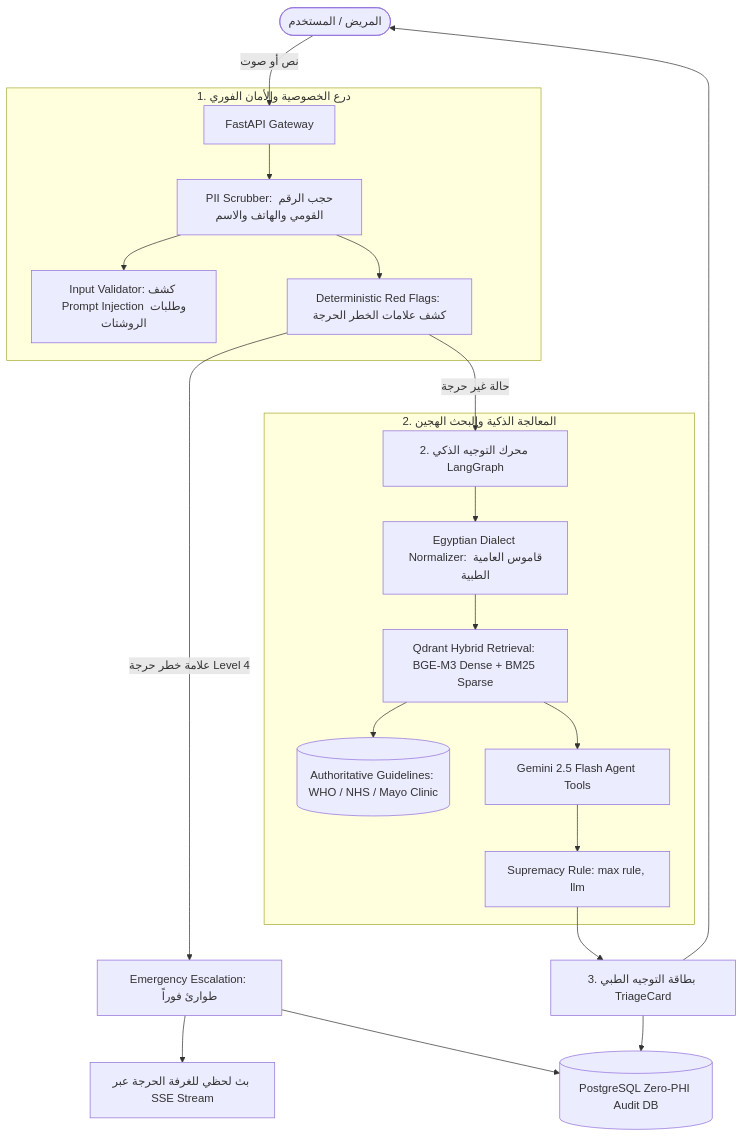
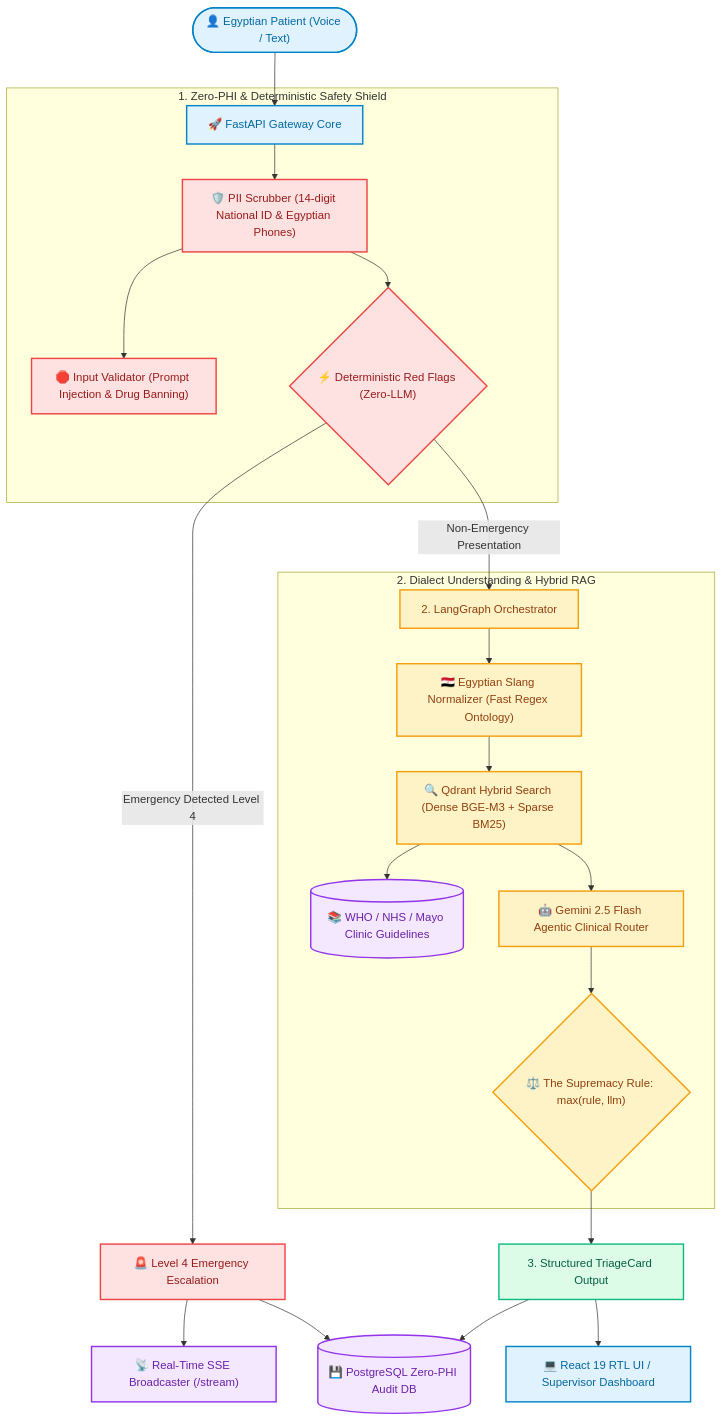
One commit to Mohamed-3M-Nouman/ShefaGuide-AI changed the diagram in README.md. Above: the diagram before and after it, drawn with Mermaid. The commit also changed other lines of this file, not shown here.

````diff
--- a/README.md
+++ b/README.md
@@ -49,28 +79,34 @@
 ```mermaid
 flowchart TD
-    User([المريض / المستخدم]) -->|نص أو صوت| Gateway[FastAPI Gateway]
+    classDef client fill:#E0F2FE,stroke:#0284C7,stroke-width:2px,color:#0369A1;
+    classDef safety fill:#FEE2E2,stroke:#EF4444,stroke-width:2px,color:#991B1B;
+    classDef agent fill:#FEF3C7,stroke:#F59E0B,stroke-width:2px,color:#92400E;
+    classDef output fill:#DCFCE7,stroke:#10B981,stroke-width:2px,color:#065F46;
+    classDef storage fill:#F3E8FF,stroke:#9333EA,stroke-width:2px,color:#6B21A8;
+
+    Patient(["👤 Egyptian Patient (Voice / Text)"]):::client --> Gateway["🚀 FastAPI Gateway Core"]:::client
     
-    subgraph Privacy_Safety ["1. درع الخصوصية والأمان الفوري"]
-        Gateway --> PII[PII Scrubber: حجب الرقم القومي والهاتف والاسم]
-        PII --> Val[Input Validator: كشف Prompt Injection وطلبات الروشتات]
-        PII --> FastRF[Deterministic Red Flags: كشف علامات الخطر الحرجة]
+    subgraph S1 ["1. Zero-PHI & Deterministic Safety Shield"]
+        Gateway --> PII["🛡️ PII Scrubber (14-digit National ID & Egyptian Phones)"]:::safety
+        PII --> InputVal["🛑 Input Validator (Prompt Injection & Drug Banning)"]:::safety
+        PII --> FastRF{"⚡ Deterministic Red Flags (Zero-LLM)"}:::safety
     end
 
-    FastRF -->|علامة خطر حرجة Level 4| Escalation[Emergency Escalation: طوارئ فوراً]
-    Escalation --> SSE[بث لحظي للغرفة الحرجة عبر SSE Stream]
-    Escalation --> AuditDB[(PostgreSQL Zero-PHI Audit DB)]
+    FastRF -->|Emergency Detected Level 4| Escalation["🚨 Level 4 Emergency Escalation"]:::safety
+    Escalation --> SSE["📡 Real-Time SSE Broadcaster (/stream)"]:::storage
+    Escalation --> AuditDB[("💾 PostgreSQL Zero-PHI Audit DB")]:::storage
 
-    FastRF -->|حالة غير حرجة| LangGraphState[2. محرك التوجيه الذكي LangGraph]
-    
-    subgraph Agentic_Core ["2. المعالجة الذكية والبحث الهجين"]
-        LangGraphState --> Dialect[Egyptian Dialect Normalizer: قاموس العامية الطبية]
-        Dialect --> HybridRAG[Qdrant Hybrid Retrieval: BGE-M3 Dense + BM25 Sparse]
-        HybridRAG --> Guidelines[(Authoritative Guidelines: WHO / NHS / Mayo Clinic)]
-        HybridRAG --> GeminiAgent[Gemini 2.5 Flash Agent Tools]
-        GeminiAgent --> Supremacy[Supremacy Rule: max rule, llm]
+    FastRF -->|Non-Emergency Presentation| LangGraphNode["2. LangGraph Orchestrator"]:::agent
+
+    subgraph S2 ["2. Dialect Understanding & Hybrid RAG"]
+        LangGraphNode --> Slang["🇪🇬 Egyptian Slang Normalizer (Fast Regex Ontology)"]:::agent
+        Slang --> Qdrant["🔍 Qdrant Hybrid Search (Dense BGE-M3 + Sparse BM25)"]:::agent
+        Qdrant --> Guidelines[("📚 WHO / NHS / Mayo Clinic Guidelines")]:::storage
+        Qdrant --> LLM["🤖 Gemini 2.5 Flash Agentic Clinical Router"]:::agent
+        LLM --> Supremacy{"⚖️ The Supremacy Rule: max(rule, llm)"}:::agent
     end
 
-    Supremacy --> ResponseCard[3. بطاقة التوجيه الطبي TriageCard]
+    Supremacy --> ResponseCard["3. Structured TriageCard Output"]:::output
     ResponseCard --> AuditDB
-    ResponseCard --> User
+    ResponseCard --> FrontendUI["💻 React 19 RTL UI / Supervisor Dashboard"]:::client
 ```
````
